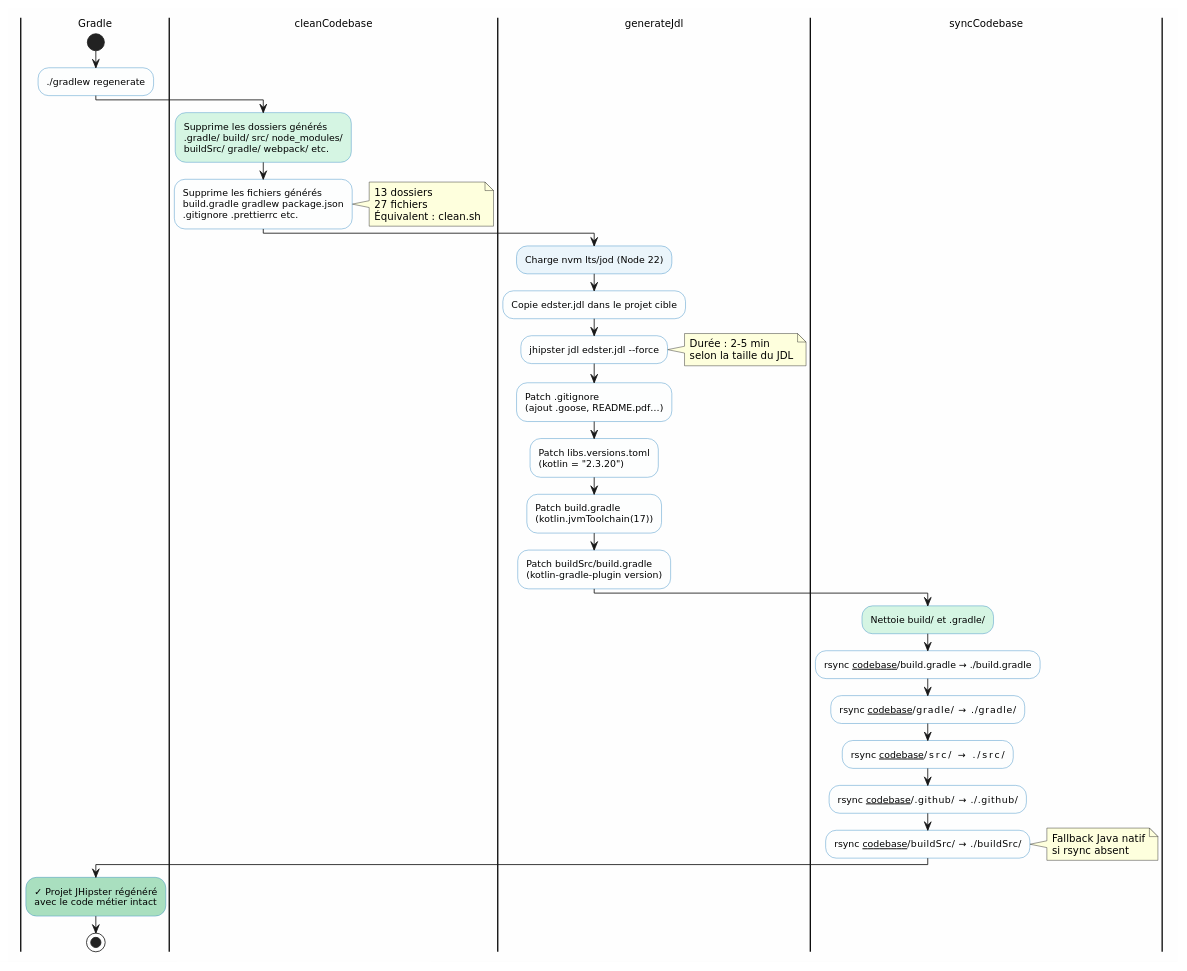
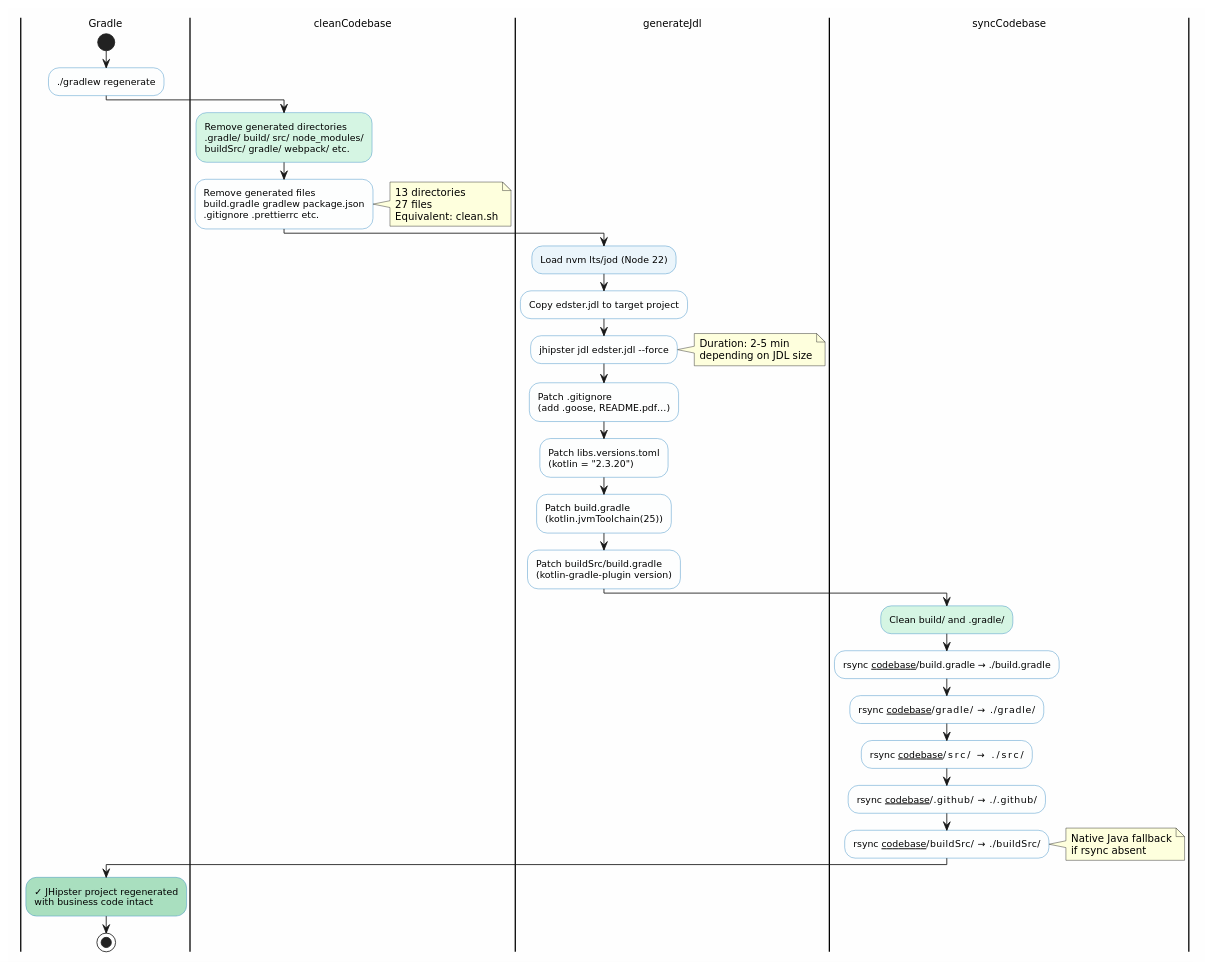
The sixth of 11 diagrams in persistence/README.adoc (cheroliv/jhipster-gradle-plugins), drawn with PlantUML before and after one commit. The commit also changed other lines of this file and 2 other files, not shown here.

Commit message:
🔧 docs(*README*.adoc): Update README with English translations and plugin ID change to com.cheroliv.jhipster.persistence.

```diff
--- a/persistence/README.adoc
+++ b/persistence/README.adoc
@@ -364,59 +364,59 @@
 [plantuml, regenerate-pipeline, svg]
 ....
 @startuml
 skinparam backgroundColor #FEFEFE
 skinparam defaultFontName "DejaVu Sans"
 skinparam defaultFontSize 12
 
 skinparam activity {
   BackgroundColor #FDFEFE
   BorderColor     #2E86C1
   FontSize        11
   DiamondBackgroundColor #FEF9E7
   DiamondBorderColor     #F39C12
 }
 
 |Gradle|
 start
 :./gradlew regenerate;
 
 |cleanCodebase|
-#D5F5E3 :Supprime les dossiers générés\n.gradle/ build/ src/ node_modules/\nbuildSrc/ gradle/ webpack/ etc.;
-:Supprime les fichiers générés\nbuild.gradle gradlew package.json\n.gitignore .prettierrc etc.;
+#D5F5E3 :Remove generated directories\n.gradle/ build/ src/ node_modules/\nbuildSrc/ gradle/ webpack/ etc.;
+:Remove generated files\nbuild.gradle gradlew package.json\n.gitignore .prettierrc etc.;
 note right
-  13 dossiers
-  27 fichiers
-  Équivalent : clean.sh
+  13 directories
+  27 files
+  Equivalent: clean.sh
 end note
 
 |generateJdl|
-#EBF5FB :Charge nvm lts/jod (Node 22);
-:Copie edster.jdl dans le projet cible;
+#EBF5FB :Load nvm lts/jod (Node 22);
+:Copy edster.jdl to target project;
 :jhipster jdl edster.jdl --force;
 note right
-  Durée : 2–5 min
-  selon la taille du JDL
+  Duration: 2-5 min
+  depending on JDL size
 end note
-:Patch .gitignore\n(ajout .goose, README.pdf…);
+:Patch .gitignore\n(add .goose, README.pdf…);
 :Patch libs.versions.toml\n(kotlin = "2.3.20");
-:Patch build.gradle\n(kotlin.jvmToolchain(17));
+:Patch build.gradle\n(kotlin.jvmToolchain(25));
 :Patch buildSrc/build.gradle\n(kotlin-gradle-plugin version);
 
 |syncCodebase|
-#D5F5E3 :Nettoie build/ et .gradle/;
+#D5F5E3 :Clean build/ and .gradle/;
 :rsync __codebase__/build.gradle → ./build.gradle;
 :rsync __codebase__/gradle/      → ./gradle/;
 :rsync __codebase__/src/         → ./src/;
 :rsync __codebase__/.github/     → ./.github/;
 :rsync __codebase__/buildSrc/    → ./buildSrc/;
 note right
-  Fallback Java natif
-  si rsync absent
+  Native Java fallback
+  if rsync absent
 end note
 
 |Gradle|
-#A9DFBF :✓ Projet JHipster régénéré\navec le code métier intact;
+#A9DFBF :✓ JHipster project regenerated\nwith business code intact;
 stop
 
 @enduml
 ....
```
